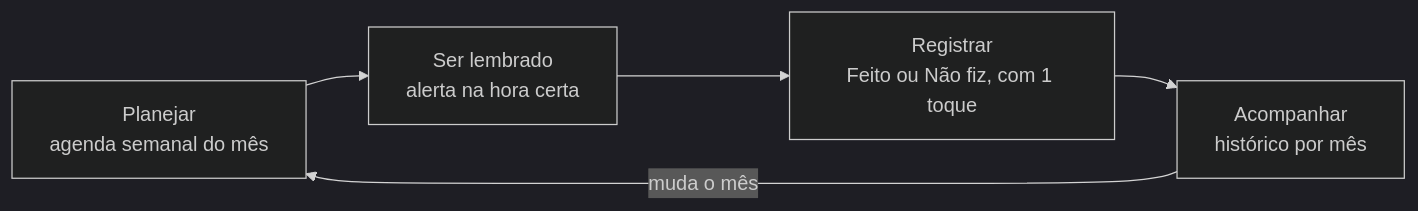
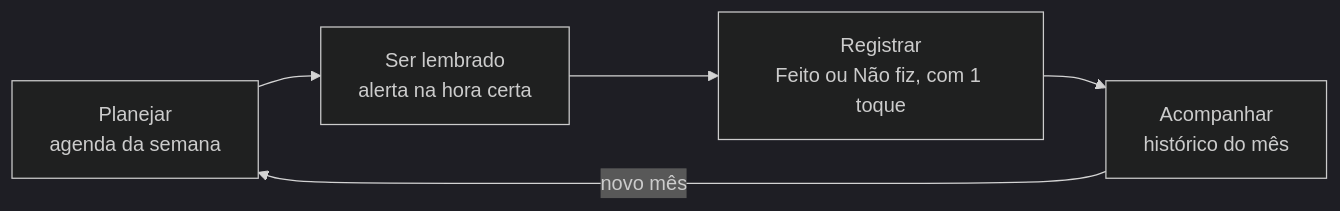
One commit to roseniltonlopes/blueprint-app changed the first of 2 diagrams in README.md. Above: the diagram before and after it, drawn with Mermaid (dark theme). The commit also changed other lines of this file, not shown here.

````diff
--- a/README.md
+++ b/README.md
@@ -12,7 +27,7 @@
 ```mermaid
 flowchart LR
-    A["Planejar<br/>agenda semanal do mês"] --> B["Ser lembrado<br/>alerta na hora certa"]
+    A["Planejar<br/>agenda da semana"] --> B["Ser lembrado<br/>alerta na hora certa"]
     B --> C["Registrar<br/>Feito ou Não fiz, com 1 toque"]
-    C --> D["Acompanhar<br/>histórico por mês"]
-    D -->|"muda o mês"| A
+    C --> D["Acompanhar<br/>histórico do mês"]
+    D -->|"novo mês"| A
 ```
````
